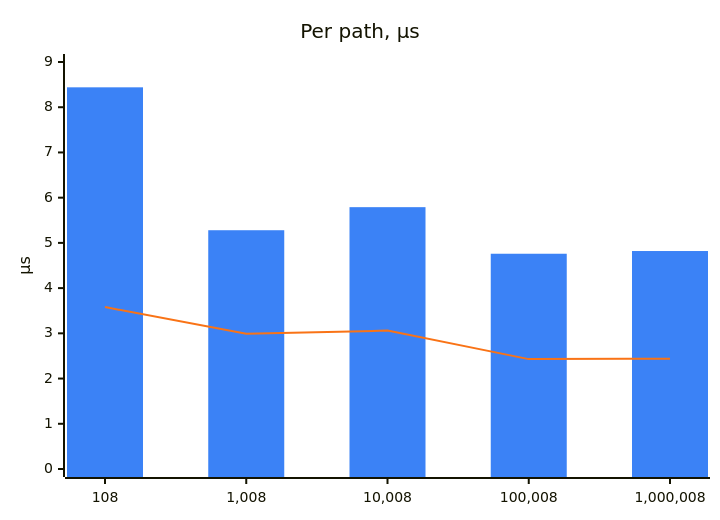
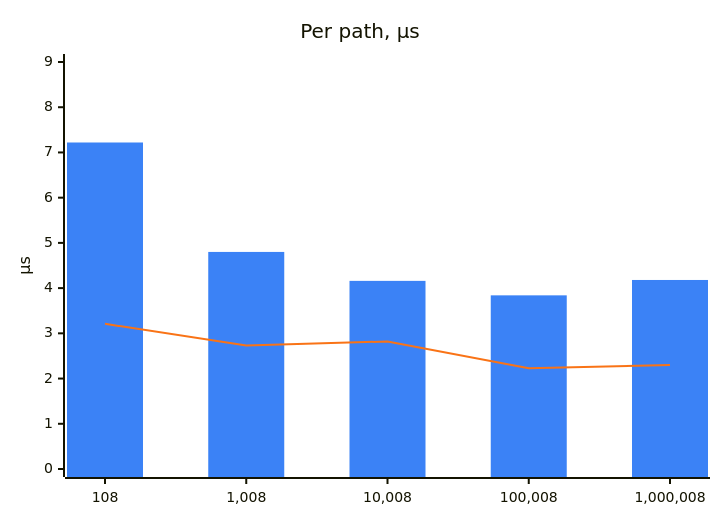
The second of 4 diagrams in website/src/content/docs/internal/performance.md (DyHex/POMWright), drawn with Mermaid before and after one commit. The commit also changed other lines of this file, not shown here.

````diff
--- a/website/src/content/docs/internal/performance.md
+++ b/website/src/content/docs/internal/performance.md
@@ -80,9 +80,9 @@
 ```mermaid
 %%{init: {"themeVariables": {"xyChart": {"plotColorPalette": "#3b82f6, #f97316"}}}}%%
 xychart-beta
   title "Per path, µs"
   x-axis ["108", "1,008", "10,008", "100,008", "1,000,008"]
   y-axis "µs" 0 --> 9
-  bar [8.44, 5.28, 5.79, 4.76, 4.82]
-  line [3.58, 2.99, 3.06, 2.43, 2.44]
+  bar [7.22, 4.8, 4.16, 3.84, 4.18]
+  line [3.21, 2.73, 2.82, 2.23, 2.3]
 ```
````
